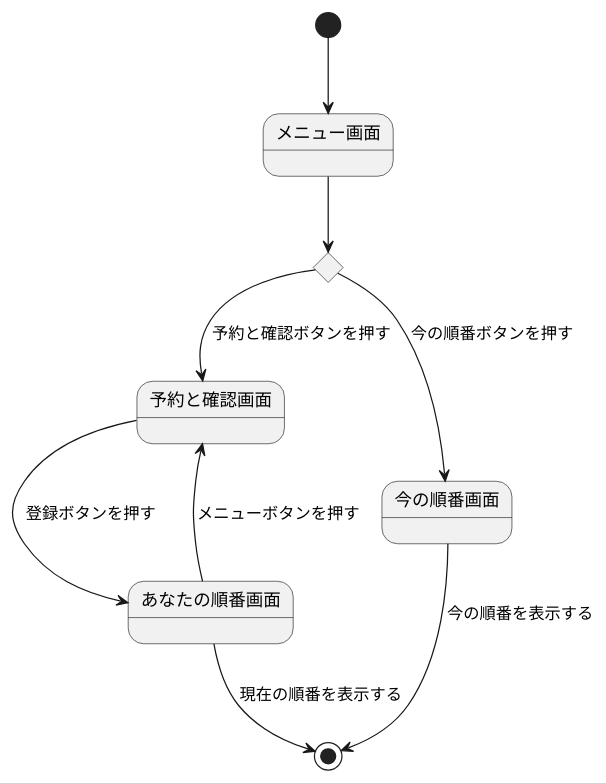
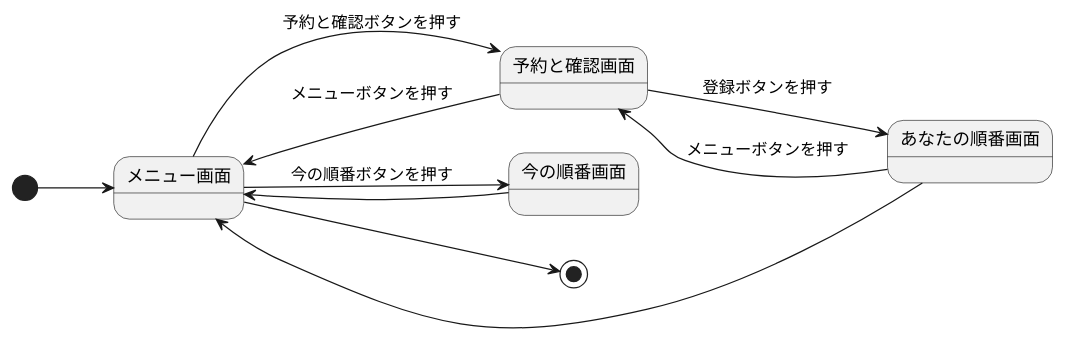
Before and after one commit to kikuchihibiki/uml-introduction: the diagram in 演習6-3_ステートマシン図_診察予約システム.pu, drawn with PlantUML.

Commit message:
演習

```diff
--- a/演習6-3_ステートマシン図_診察予約システム.pu
+++ b/演習6-3_ステートマシン図_診察予約システム.pu
@@ -1,11 +1,13 @@
 @startuml
+left to right direction
 [*] --> メニュー画面
-state c <<choice>>
-メニュー画面 --> c
-c --> 予約と確認画面 : 予約と確認ボタンを押す
+メニュー画面 --> 予約と確認画面 : 予約と確認ボタンを押す
+予約と確認画面 --> メニュー画面 : メニューボタンを押す
 予約と確認画面 --> あなたの順番画面 : 登録ボタンを押す
 あなたの順番画面 --> 予約と確認画面 : メニューボタンを押す
-あなたの順番画面 --> [*] : 現在の順番を表示する
-c --> 今の順番画面 : 今の順番ボタンを押す
-今の順番画面 --> [*] : 今の順番を表示する
+あなたの順番画面 --> メニュー画面
+メニュー画面 --> 今の順番画面 : 今の順番ボタンを押す
+今の順番画面 --> メニュー画面
+メニュー画面 --> [*] 
+
 @enduml
```
